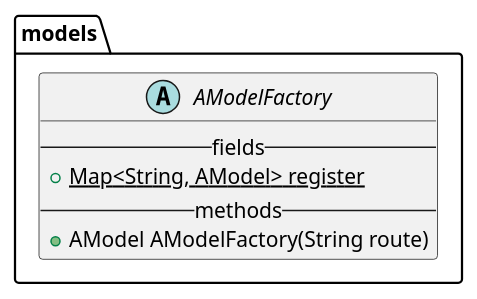
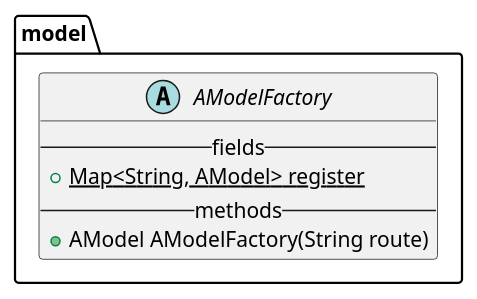
Before and after one commit to Partner-SHIP/partnership-app: the diagram in doc/diagrams/src/AModelFactory.md, drawn with PlantUML. The commit also changed 2 other files, not shown here.

Commit message:
updated dependancies

````diff
--- a/doc/diagrams/src/AModelFactory.md
+++ b/doc/diagrams/src/AModelFactory.md
@@ -1,14 +1,14 @@
 ```plantuml
 @startuml AModelFactory
 
-package models {
+package model {
     abstract class AModelFactory {
         --fields--
         + {static} Map<String, AModel> register
         -- methods --
         + AModel AModelFactory(String route)
     }
 }
 
 @enduml
 ```
````
